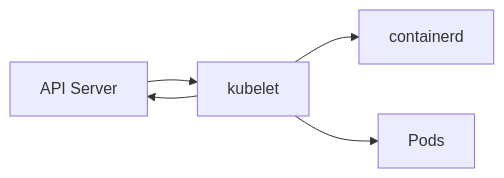
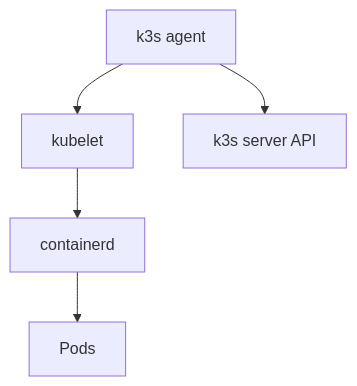
One commit to VictorRoshchin/Proxmox-k3s-cluster changed the second of 2 diagrams in docs/k3s/cluster-components.md. Above: the diagram before and after it, drawn with Mermaid. The commit also changed other lines of this file and 9 other files, not shown here.

````diff
--- a/docs/k3s/cluster-components.md
+++ b/docs/k3s/cluster-components.md
@@ -19,7 +49,7 @@
 ```mermaid
-flowchart LR
-    API[API Server] --> K[kubelet]
-    K --> C[containerd]
-    K --> P[Pods]
-    K --> API
+flowchart TD
+    KA[k3s agent] --> KUBELET[kubelet]
+    KUBELET --> CT[containerd]
+    CT --> PODS[Pods]
+    KA --> API[k3s server API]
 ```
````
